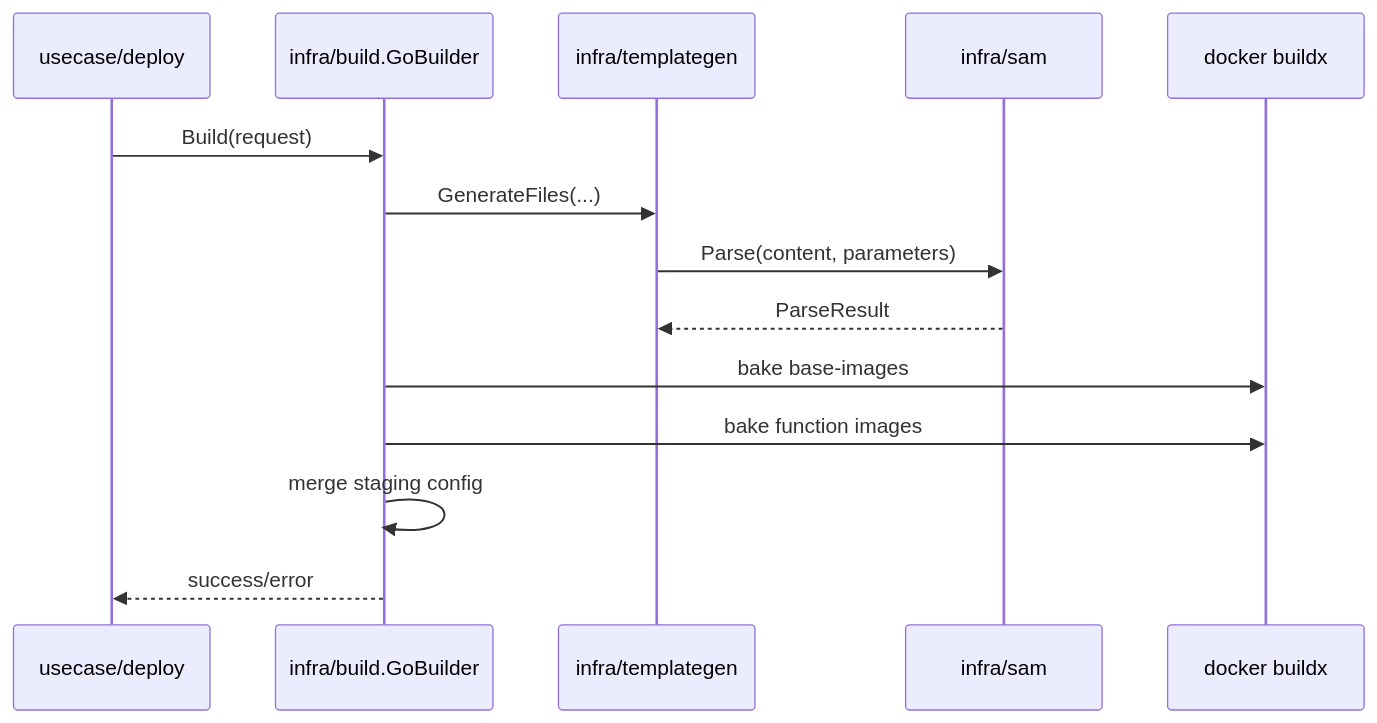
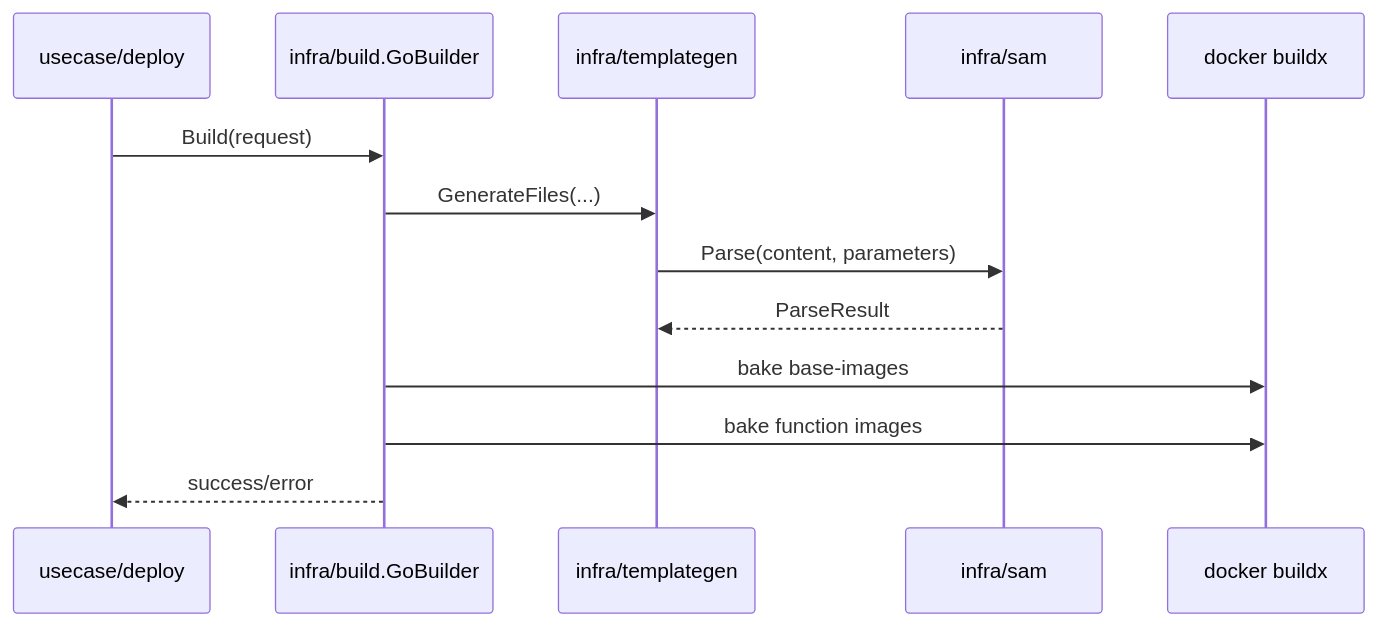
The diagram in docs/build.md (poruru-code/esb-cli), drawn with Mermaid before and after one commit. The commit also changed other lines of this file and 27 other files, not shown here.

````diff
--- a/docs/build.md
+++ b/docs/build.md
@@ -28,17 +27,16 @@
 ```mermaid
 sequenceDiagram
     participant UC as usecase/deploy
     participant B as infra/build.GoBuilder
     participant G as infra/templategen
     participant S as infra/sam
     participant DX as docker buildx
 
     UC->>B: Build(request)
     B->>G: GenerateFiles(...)
     G->>S: Parse(content, parameters)
     S-->>G: ParseResult
     B->>DX: bake base-images
     B->>DX: bake function images
-    B->>B: merge staging config
     B-->>UC: success/error
 ```
````
